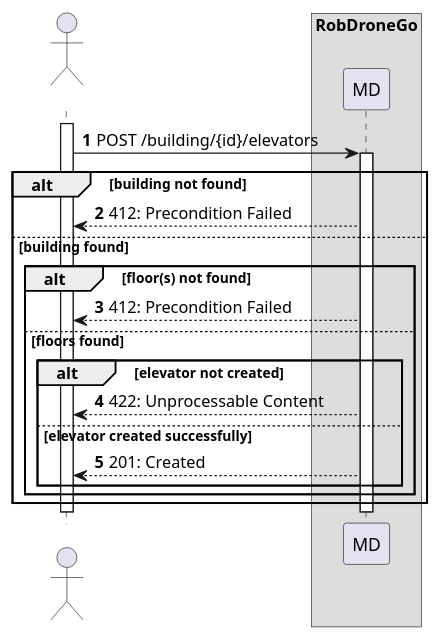
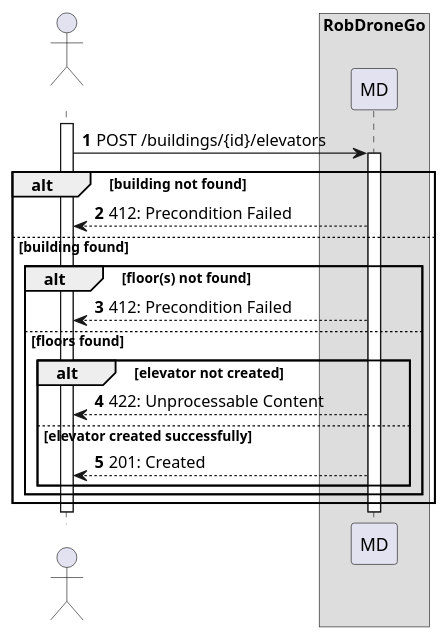
The diagram in docs/us270/level2/process-view.puml (Departamento-de-Engenharia-Informatica/lapr5-23-24-g19), drawn with PlantUML before and after one commit. The commit also changed 36 other files, not shown here.

```diff
--- a/docs/us270/level2/process-view.puml
+++ b/docs/us270/level2/process-view.puml
@@ -1,30 +1,30 @@
 @startuml
 autonumber
 
 actor " " as actor
 box "RobDroneGo"
 participant "MD" as mdr
 
 activate actor
-    actor -> mdr: POST /building/{id}/elevators
+    actor -> mdr: POST /buildings/{id}/elevators
     activate mdr
 
     alt building not found
         mdr --> actor : 412: Precondition Failed
     else building found
         alt floor(s) not found
             mdr --> actor : 412: Precondition Failed
         else floors found
             alt elevator not created
                 mdr --> actor : 422: Unprocessable Content
             else elevator created successfully
                 mdr --> actor : 201: Created
             end
         end
     end
 
     deactivate mdr
 deactivate actor
 
 
 @enduml
```
